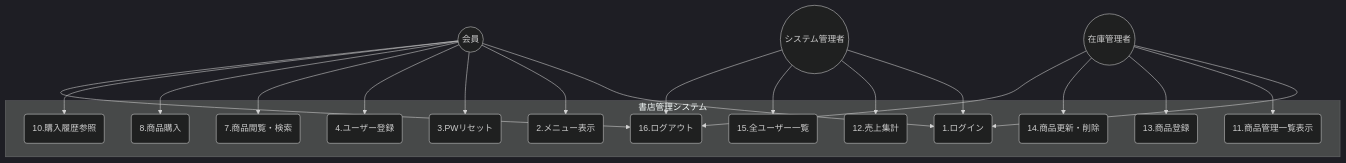
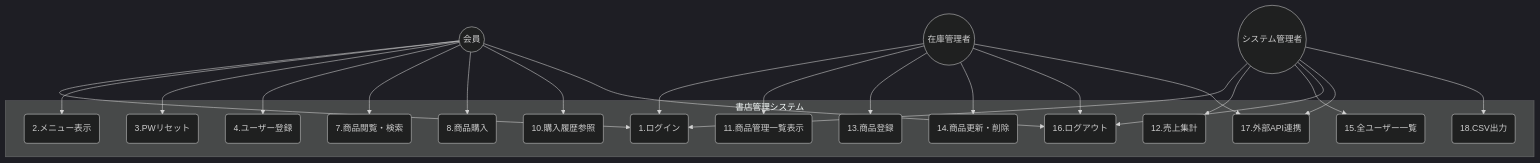
Before and after one commit to namae-mizutani/yuki-mizutani-educure-app: the diagram in 8-3_要件定義/use_case.md, drawn with Mermaid (dark theme). The commit also changed 4 other files, not shown here.

````diff
--- a/8-3_要件定義/use_case.md
+++ b/8-3_要件定義/use_case.md
@@ -1,42 +1,47 @@
 ```mermaid
 graph TD
     User((会員))
     Staff((在庫管理者))
     Master((システム管理者))
 
     subgraph System [書店管理システム]
         U1(1.ログイン)
         U2(2.メニュー表示)
         U3(3.PWリセット)
         U4(4.ユーザー登録)
         U7(7.商品閲覧・検索)
         U8(8.商品購入)
         U10(10.購入履歴参照)
         U11(11.商品管理一覧表示)
         U12(12.売上集計)
         U13(13.商品登録)
         U14(14.商品更新・削除)
         U15(15.全ユーザー一覧)
         U16(16.ログアウト)
+        U17(17.外部API連携)
+        U18(18.CSV出力)
     end
 
     User --> U1
     User --> U2
     User --> U3
     User --> U4
     User --> U7
     User --> U8
     User --> U10
     User --> U16
 
     Staff --> U1
     Staff --> U11
     Staff --> U13
     Staff --> U14
     Staff --> U16
+    Staff --> U17
 
     Master --> U1
     Master --> U12
     Master --> U15
     Master --> U16
+    Master --> U17
+    Master --> U18
 ```
````
